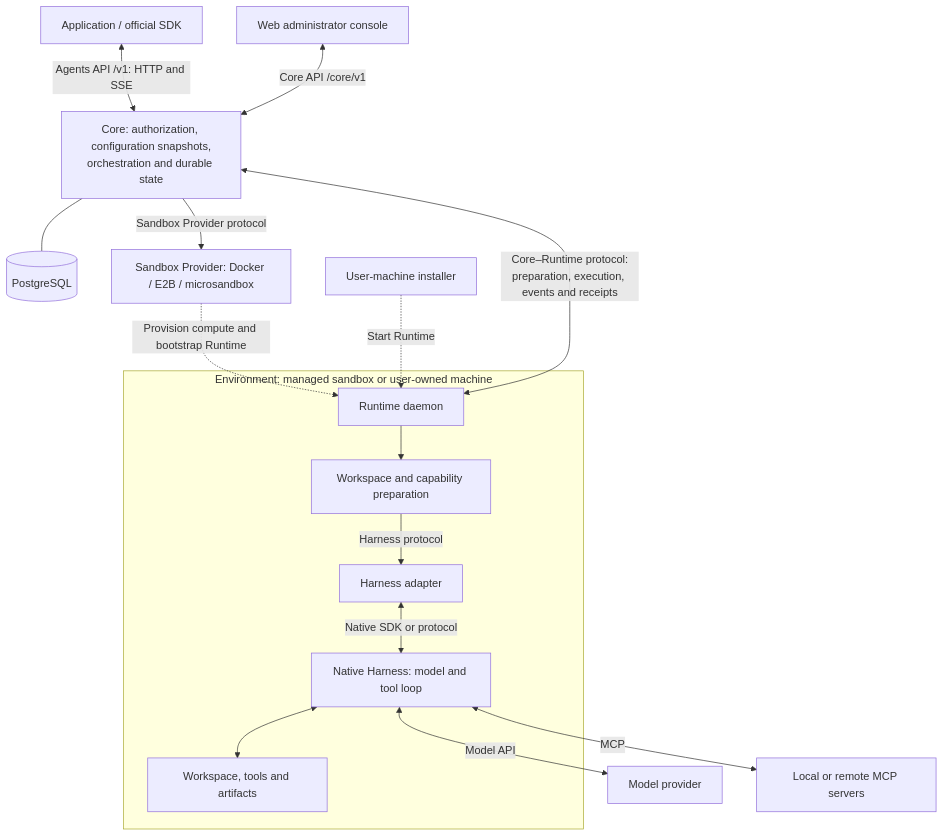
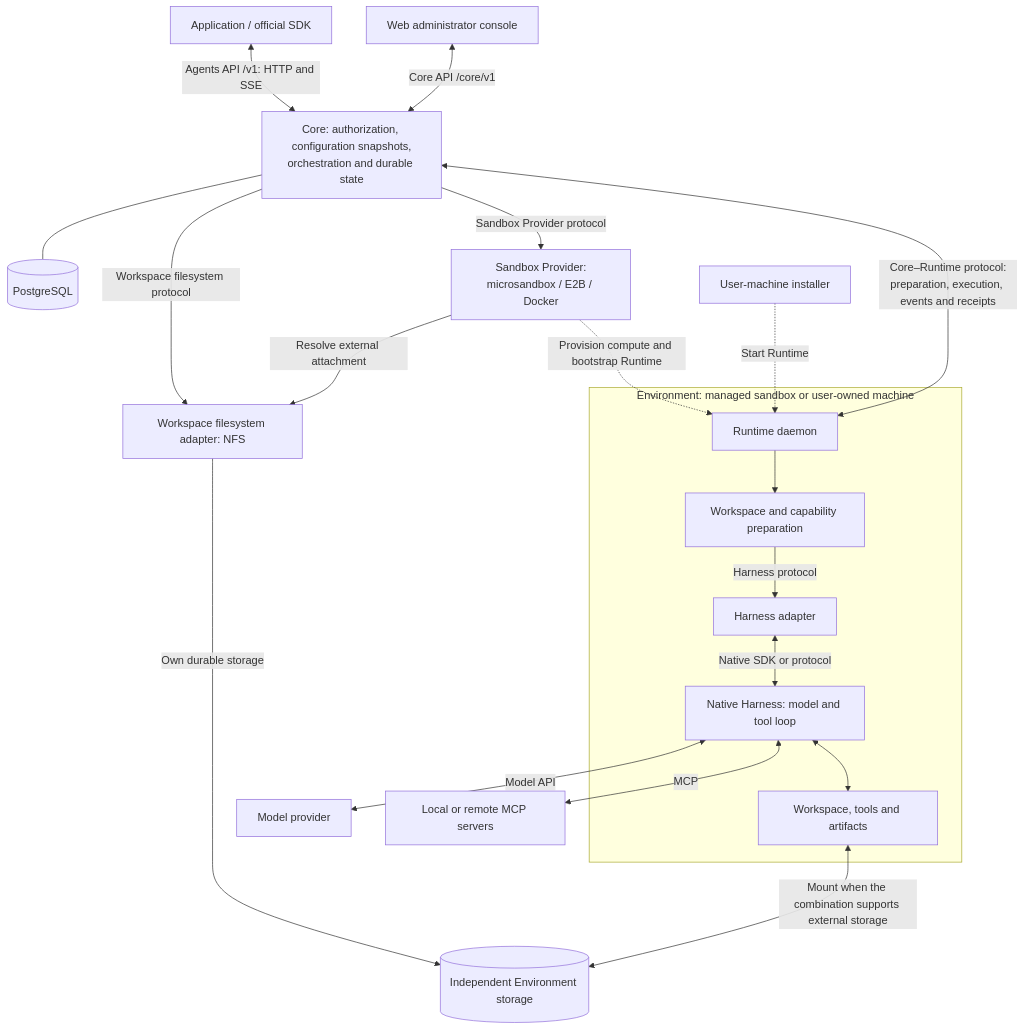
The diagram in docs/architecture.md (MiniMax-AI/OpenAgentCore), drawn with Mermaid before and after one commit. The commit also changed other lines of this file and 39 other files, not shown here.

````diff
--- a/docs/architecture.md
+++ b/docs/architecture.md
@@ -9,19 +9,23 @@
 ```mermaid
 flowchart TB
     App["Application / official SDK"] <-->|"Agents API /v1: HTTP and SSE"| Core
     Web["Web administrator console"] <-->|"Core API /core/v1"| Core
     Core["Core: authorization, configuration snapshots,<br/>orchestration and durable state"]
     Core --- DB[("PostgreSQL")]
-    Core -->|"Sandbox Provider protocol"| SP["Sandbox Provider: Docker / E2B / microsandbox"]
+    Core -->|"Sandbox Provider protocol"| SP["Sandbox Provider:<br/>microsandbox / E2B / Docker"]
+    Core -->|"Workspace filesystem protocol"| FS["Workspace filesystem adapter: NFS"]
+    SP -->|"Resolve external attachment"| FS
+    FS -->|"Own durable storage"| Store[("Independent Environment storage")]
     SP -.->|"Provision compute and bootstrap Runtime"| R
     User["User-machine installer"] -.->|"Start Runtime"| R
     Core <-->|"Core–Runtime protocol:<br/>preparation, execution, events and receipts"| R
     subgraph Env["Environment: managed sandbox or user-owned machine"]
         R["Runtime daemon"] --> P["Workspace and capability preparation"]
         P -->|"Harness protocol"| A["Harness adapter"]
         A <-->|"Native SDK or protocol"| H["Native Harness: model and tool loop"]
         H <--> F["Workspace, tools and artifacts"]
     end
+    F <-->|"Mount when the combination supports external storage"| Store
     H <-->|"Model API"| Model["Model provider"]
     H <-->|"MCP"| MCP["Local or remote MCP servers"]
 ```
````
